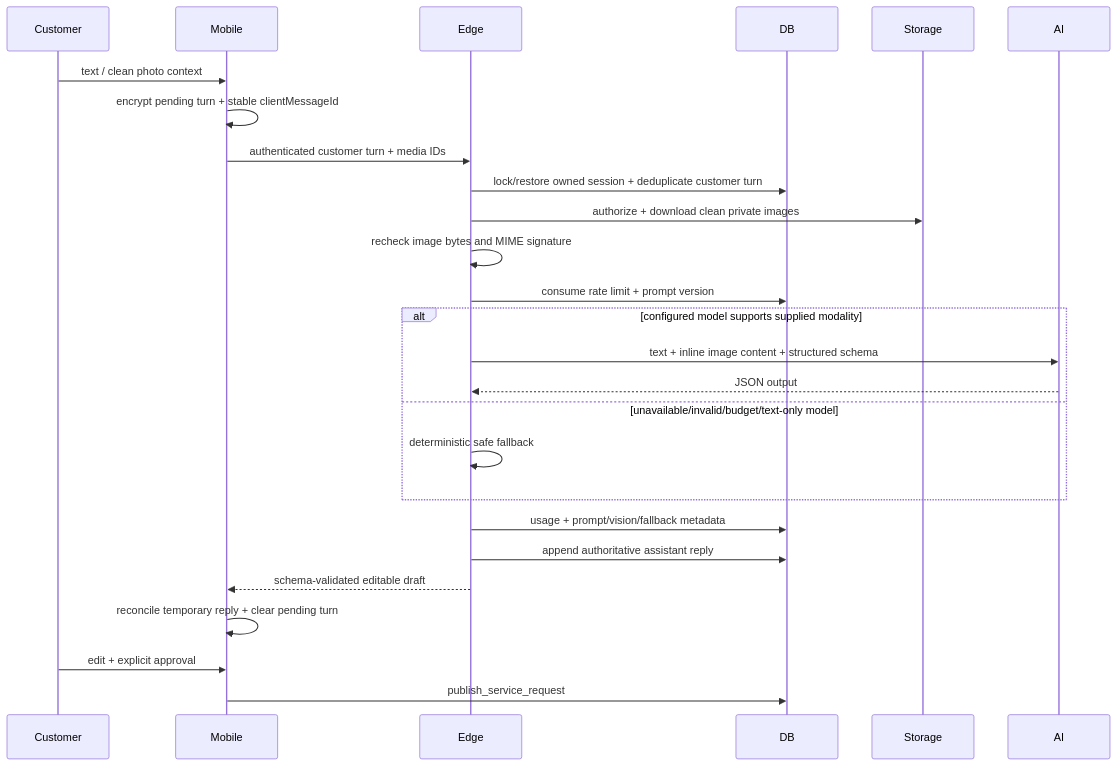
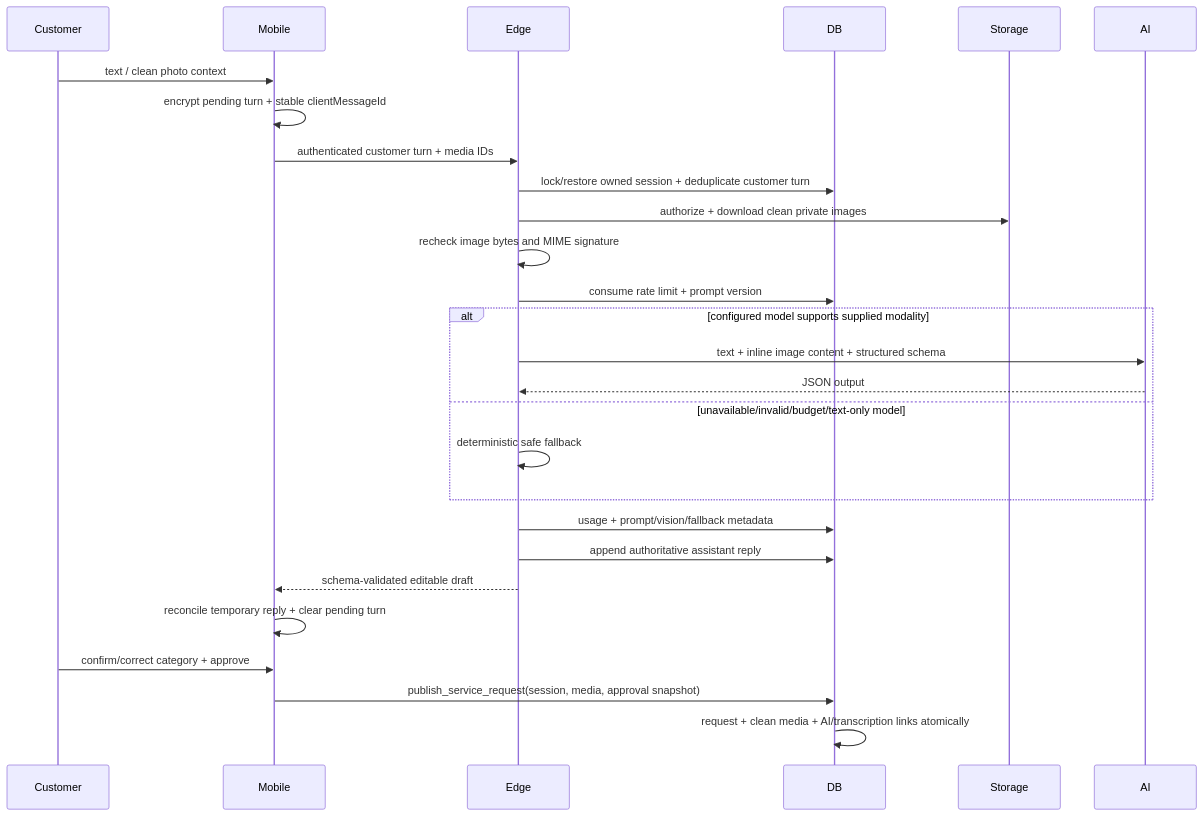
The diagram in docs/architecture/AI_ARCHITECTURE.md (mohmammed0/Mohammed-Sallah-app), drawn with Mermaid before and after one commit. The commit also changed other lines of this file and 26 other files, not shown here.

````diff
--- a/docs/architecture/AI_ARCHITECTURE.md
+++ b/docs/architecture/AI_ARCHITECTURE.md
@@ -19,22 +28,23 @@
 ```mermaid
 sequenceDiagram
   Customer->>Mobile: text / clean photo context
   Mobile->>Mobile: encrypt pending turn + stable clientMessageId
   Mobile->>Edge: authenticated customer turn + media IDs
   Edge->>DB: lock/restore owned session + deduplicate customer turn
   Edge->>Storage: authorize + download clean private images
   Edge->>Edge: recheck image bytes and MIME signature
   Edge->>DB: consume rate limit + prompt version
   alt configured model supports supplied modality
     Edge->>AI: text + inline image content + structured schema
     AI-->>Edge: JSON output
   else unavailable/invalid/budget/text-only model
     Edge->>Edge: deterministic safe fallback
   end
   Edge->>DB: usage + prompt/vision/fallback metadata
   Edge->>DB: append authoritative assistant reply
   Edge-->>Mobile: schema-validated editable draft
   Mobile->>Mobile: reconcile temporary reply + clear pending turn
-  Customer->>Mobile: edit + explicit approval
-  Mobile->>DB: publish_service_request
+  Customer->>Mobile: confirm/correct category + approve
+  Mobile->>DB: publish_service_request(session, media, approval snapshot)
+  DB->>DB: request + clean media + AI/transcription links atomically
 ```
````
